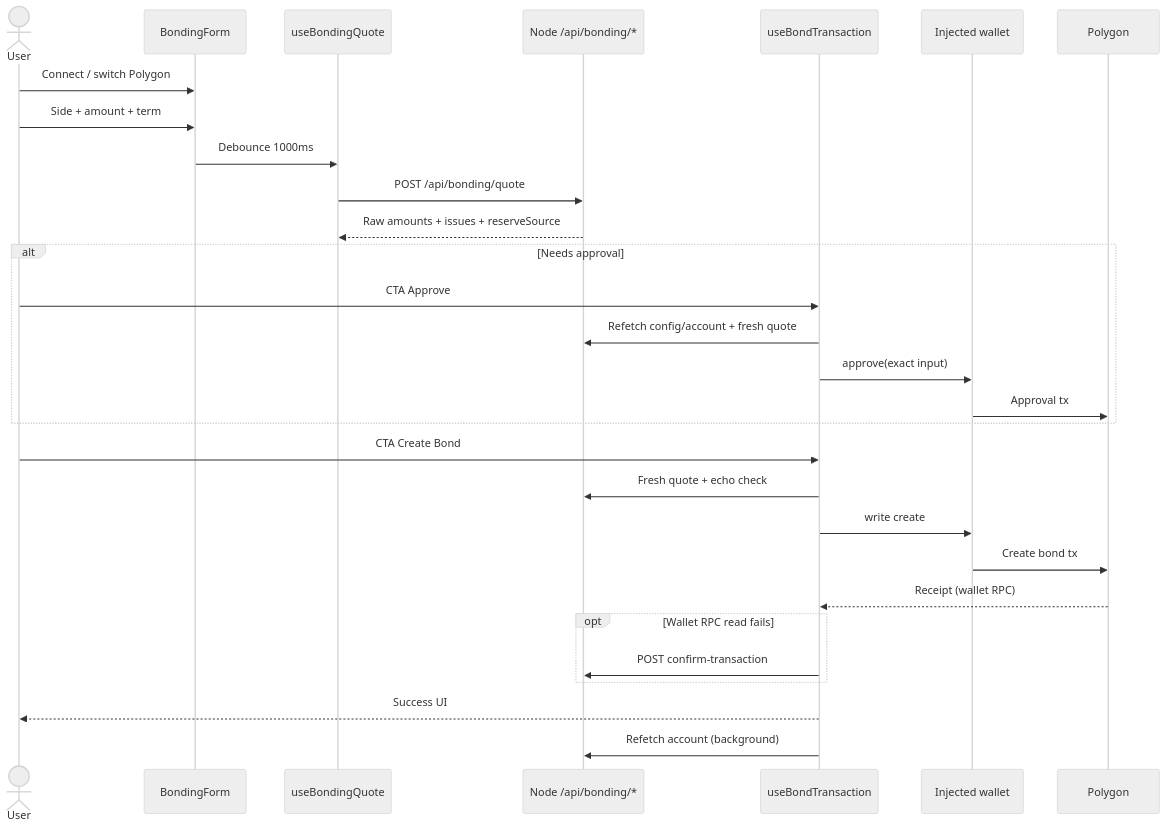
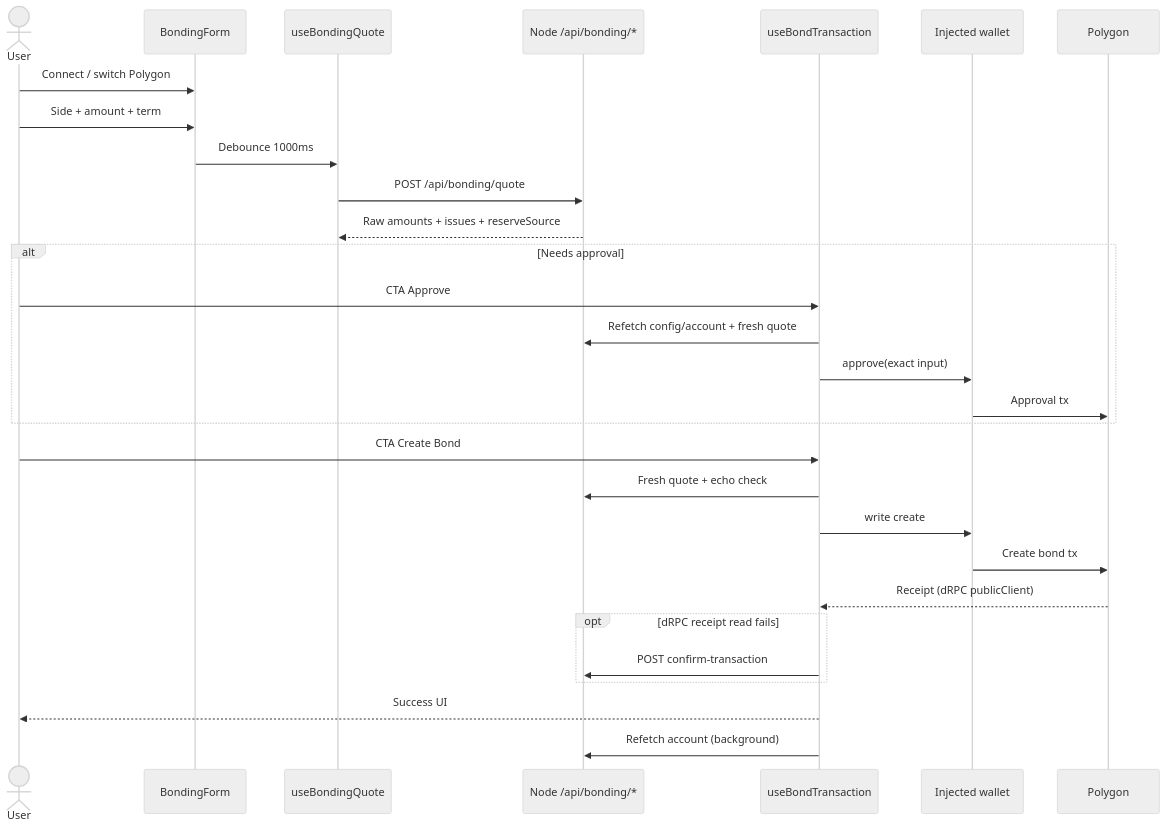
Before and after one commit to lx-production/prana-stats-revamp: the second of 2 diagrams in docs/bonding-technical-overview.md, drawn with Mermaid (neutral theme). The commit also changed other lines of this file and 16 other files, not shown here.

Commit message:
Refactor transaction receipt handling in Bonding and Staking to utilize a shared dRPC receipt wait function, enhancing consistency and reducing reliance on wallet-specific RPCs across features.

````diff
--- a/docs/bonding-technical-overview.md
+++ b/docs/bonding-technical-overview.md
@@ -157,34 +156,34 @@
 ```mermaid
 sequenceDiagram
   actor User
   participant Form as BondingForm
   participant Quote as useBondingQuote
   participant API as Node /api/bonding/*
   participant Tx as useBondTransaction
   participant Wallet as Injected wallet
   participant Chain as Polygon
 
   User->>Form: Connect / switch Polygon
   User->>Form: Side + amount + term
   Form->>Quote: Debounce 1000ms
   Quote->>API: POST /api/bonding/quote
   API-->>Quote: Raw amounts + issues + reserveSource
 
   alt Needs approval
     User->>Tx: CTA Approve
     Tx->>API: Refetch config/account + fresh quote
     Tx->>Wallet: approve(exact input)
     Wallet->>Chain: Approval tx
   end
 
   User->>Tx: CTA Create Bond
   Tx->>API: Fresh quote + echo check
   Tx->>Wallet: write create
   Wallet->>Chain: Create bond tx
-  Chain-->>Tx: Receipt (wallet RPC)
-  opt Wallet RPC read fails
+  Chain-->>Tx: Receipt (dRPC publicClient)
+  opt dRPC receipt read fails
     Tx->>API: POST confirm-transaction
   end
   Tx-->>User: Success UI
   Tx->>API: Refetch account (background)
 ```
````
